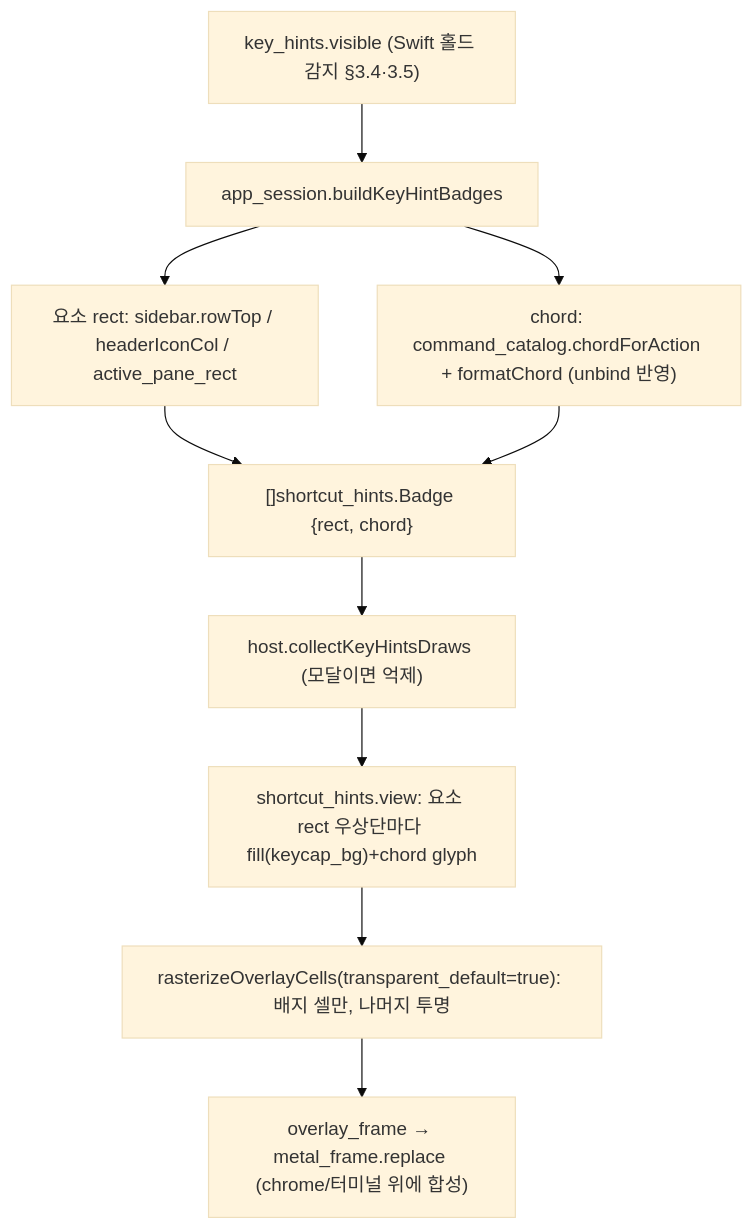
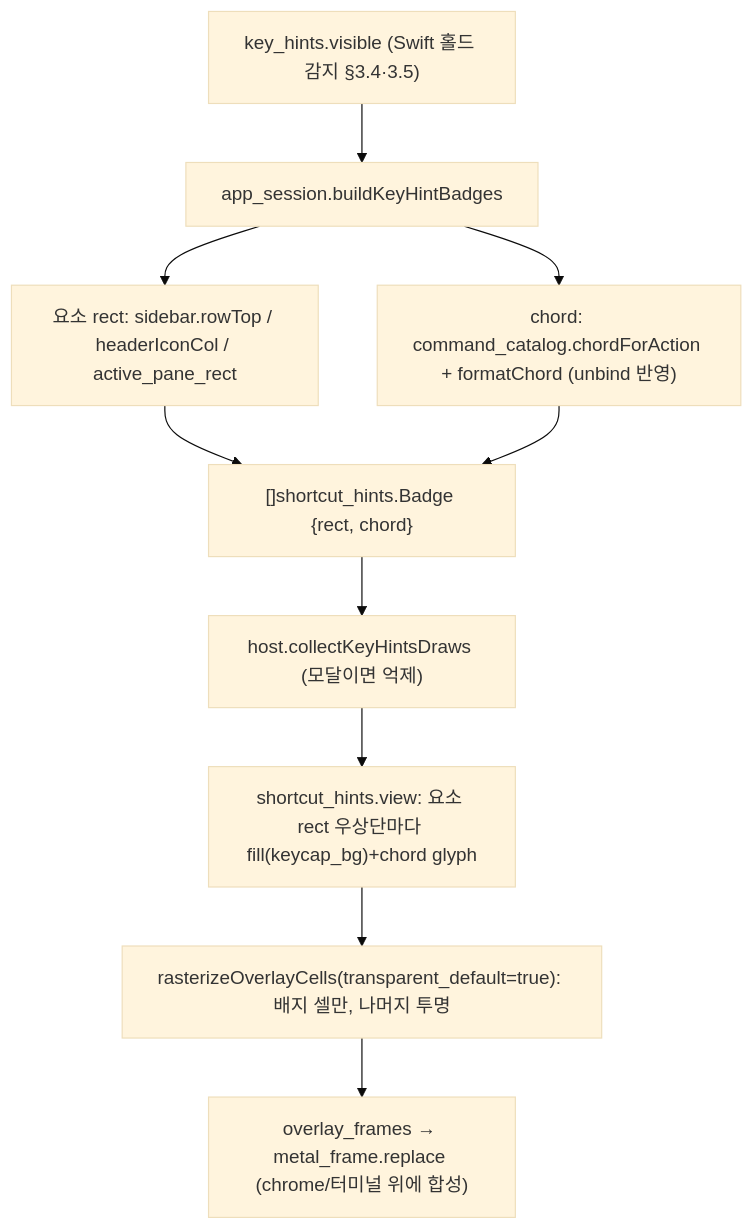
Before and after one commit to ohah/maru: the first of 3 diagrams in docs/keybind-hints.md, drawn with Mermaid (base theme). The commit also changed other lines of this file and 18 other files, not shown here.

````diff
--- a/docs/keybind-hints.md
+++ b/docs/keybind-hints.md
@@ -66,12 +66,12 @@
 ```mermaid
 flowchart TD
   V["key_hints.visible (Swift 홀드 감지 §3.4·3.5)"] --> BB["app_session.buildKeyHintBadges"]
   BB --> RE["요소 rect: sidebar.rowTop / headerIconCol / active_pane_rect"]
   BB --> CH["chord: command_catalog.chordForAction + formatChord (unbind 반영)"]
   RE --> BD["[]shortcut_hints.Badge {rect, chord}"]
   CH --> BD
   BD --> CK["host.collectKeyHintsDraws (모달이면 억제)"]
   CK --> SV["shortcut_hints.view: 요소 rect 우상단마다 fill(keycap_bg)+chord glyph"]
   SV --> RA["rasterizeOverlayCells(transparent_default=true): 배지 셀만, 나머지 투명"]
-  RA --> MF["overlay_frame → metal_frame.replace (chrome/터미널 위에 합성)"]
+  RA --> MF["overlay_frames → metal_frame.replace (chrome/터미널 위에 합성)"]
 ```
````
